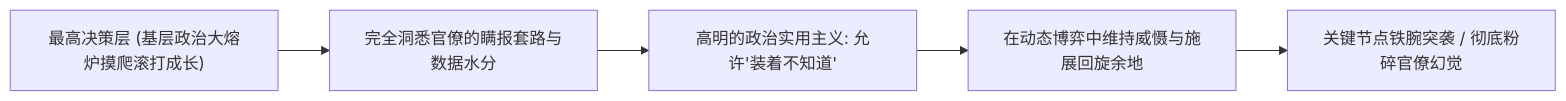
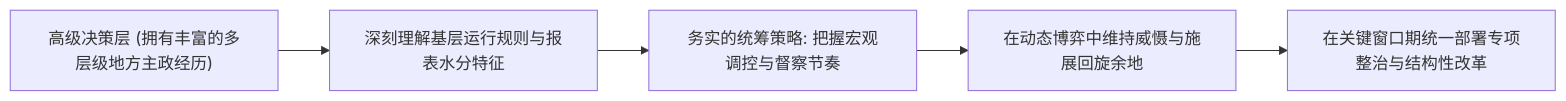
One commit to Terry-/glog changed the second of 2 diagrams in src/content/blog/The Institutional Dilemma of Anti Corruption and Bureaucracy 2026-10-25.md. Above: the diagram before and after it, drawn with Mermaid. The commit also changed other lines of this file and 12 other files, not shown here.

````diff
--- a/src/content/blog/The Institutional Dilemma of Anti Corruption and Bureaucracy 2026-10-25.md
+++ b/src/content/blog/The Institutional Dilemma of Anti Corruption and Bureaucracy 2026-10-25.md
@@ -75,7 +75,7 @@
 ```mermaid
 graph LR
-    A["最高决策层 (基层政治大熔炉摸爬滚打成长)"] --> B["完全洞悉官僚的瞒报套路与数据水分"]
-    B --> C["高明的政治实用主义: 允许'装着不知道'"]
+    A["高级决策层 (拥有丰富的多层级地方主政经历)"] --> B["深刻理解基层运行规则与报表水分特征"]
+    B --> C["务实的统筹策略: 把握宏观调控与督察节奏"]
     C --> D["在动态博弈中维持威慑与施展回旋余地"]
-    D --> E["关键节点铁腕突袭 / 彻底粉碎官僚幻觉"]
+    D --> E["在关键窗口期统一部署专项整治与结构性改革"]
 ```
````
